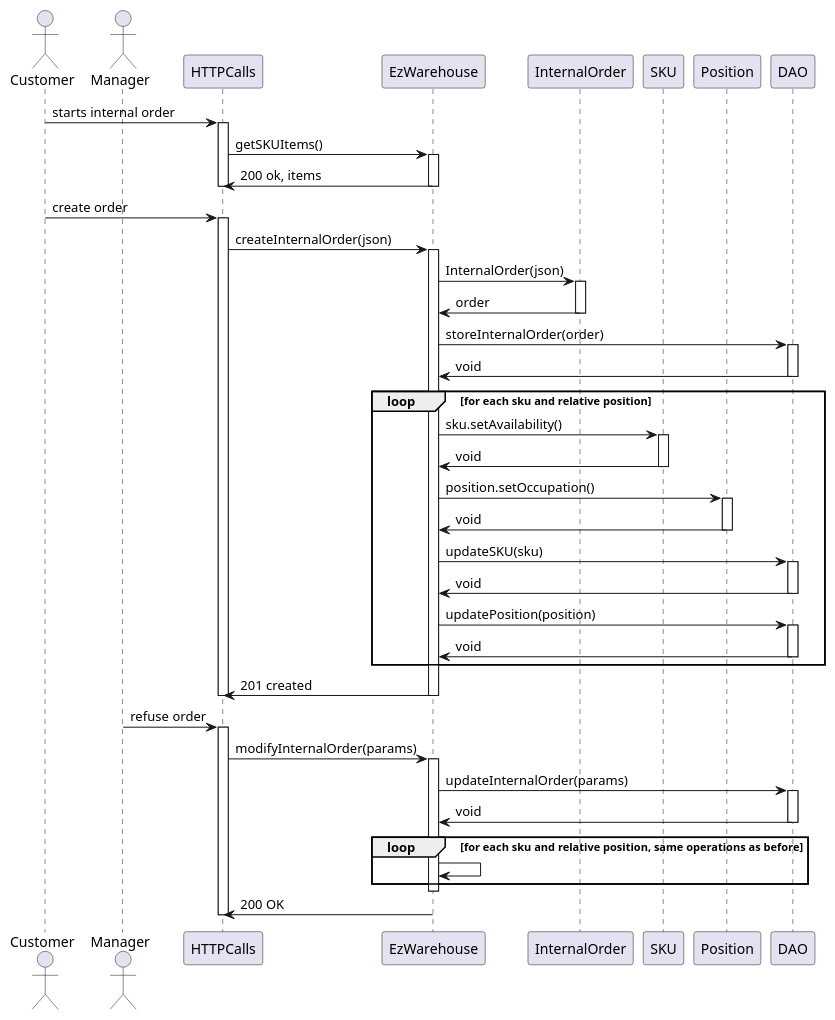
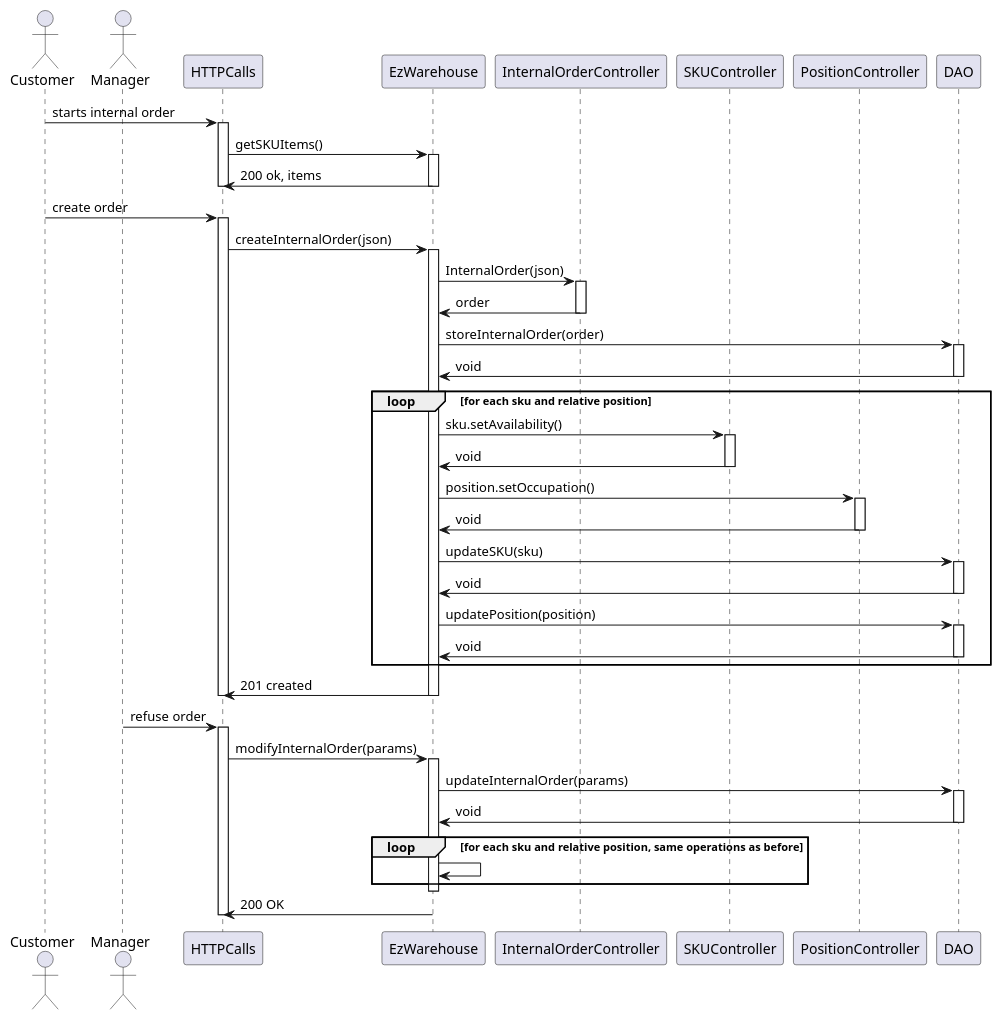
Diagram 16 of 19 in DesignDocument.md (DavideArcolini/SoftEng_garbageCollector), drawn with PlantUML before and after one commit. The commit also changed other lines of this file and 5 other files, not shown here.

````diff
--- a/DesignDocument.md
+++ b/DesignDocument.md
@@ -1092,70 +1097,70 @@
 ```plantuml
 actor Customer as C
 actor Manager as M
 
 participant HTTPCalls as H
 participant EzWarehouse as ezwh
-participant InternalOrder as I
-participant SKU as S
-participant Position as P
+participant InternalOrderController as I
+participant SKUController as S
+participant PositionController as P
 participant DAO as DAO
 
 C -> H : starts internal order
 activate H
 H -> ezwh : getSKUItems()
 activate ezwh
 ezwh -> H : 200 ok, items
 deactivate ezwh
 deactivate H
 
 C -> H : create order
 activate H
 H -> ezwh : createInternalOrder(json)
 activate ezwh
 ezwh -> I : InternalOrder(json)
 activate I
 ezwh <- I : order
 deactivate I
 ezwh -> DAO : storeInternalOrder(order)
 activate DAO
 ezwh <- DAO : void
 deactivate DAO
 
 loop for each sku and relative position
 ezwh -> S : sku.setAvailability()
 activate S
 S -> ezwh : void
 deactivate S
 ezwh -> P : position.setOccupation()
 activate P
 P -> ezwh : void
 deactivate P
 ezwh -> DAO : updateSKU(sku)
 activate DAO
 DAO -> ezwh : void
 deactivate DAO
 ezwh -> DAO : updatePosition(position)
 activate DAO
 DAO -> ezwh : void
 deactivate DAO
 end
 ezwh -> H : 201 created
 deactivate ezwh
 deactivate H
 
 M -> H : refuse order
 activate H
 H -> ezwh : modifyInternalOrder(params)
 activate ezwh
 ezwh -> DAO : updateInternalOrder(params)
 activate DAO
 ezwh <- DAO: void
 deactivate DAO
 
 loop for each sku and relative position, same operations as before
 ezwh -> ezwh
 end
 deactivate ezwh
 ezwh -> H : 200 OK
 deactivate H
 ```
````
